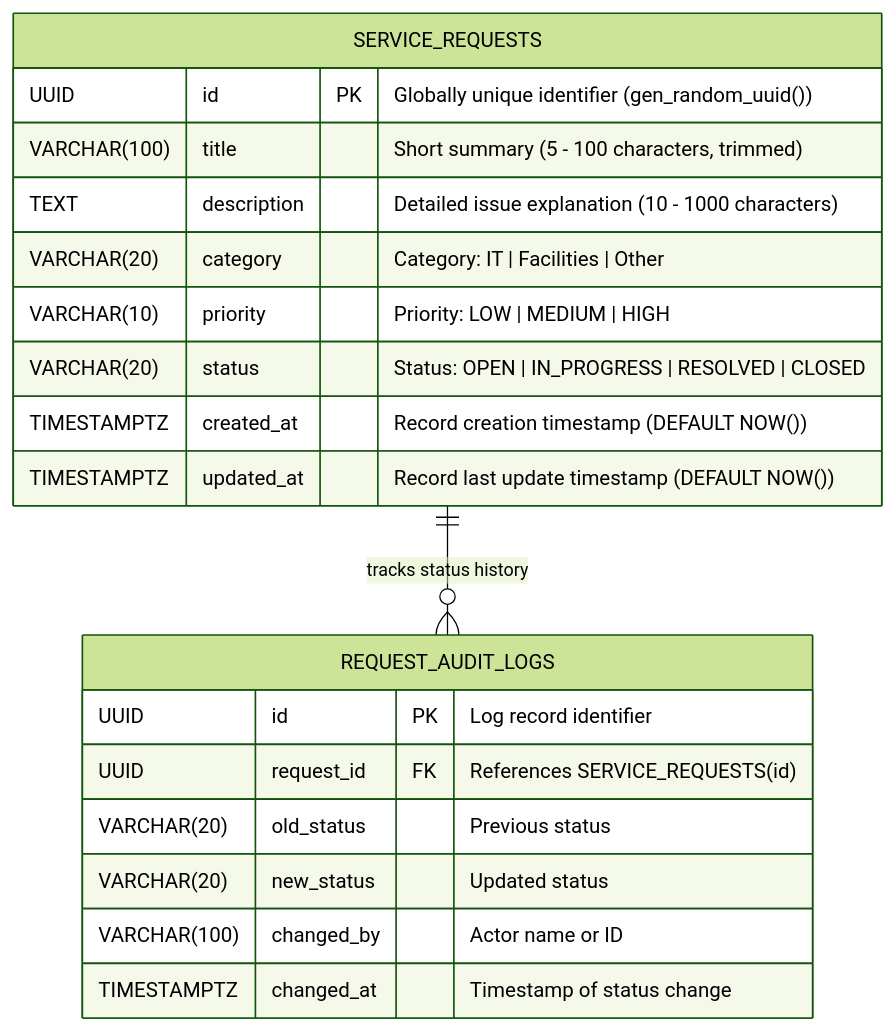
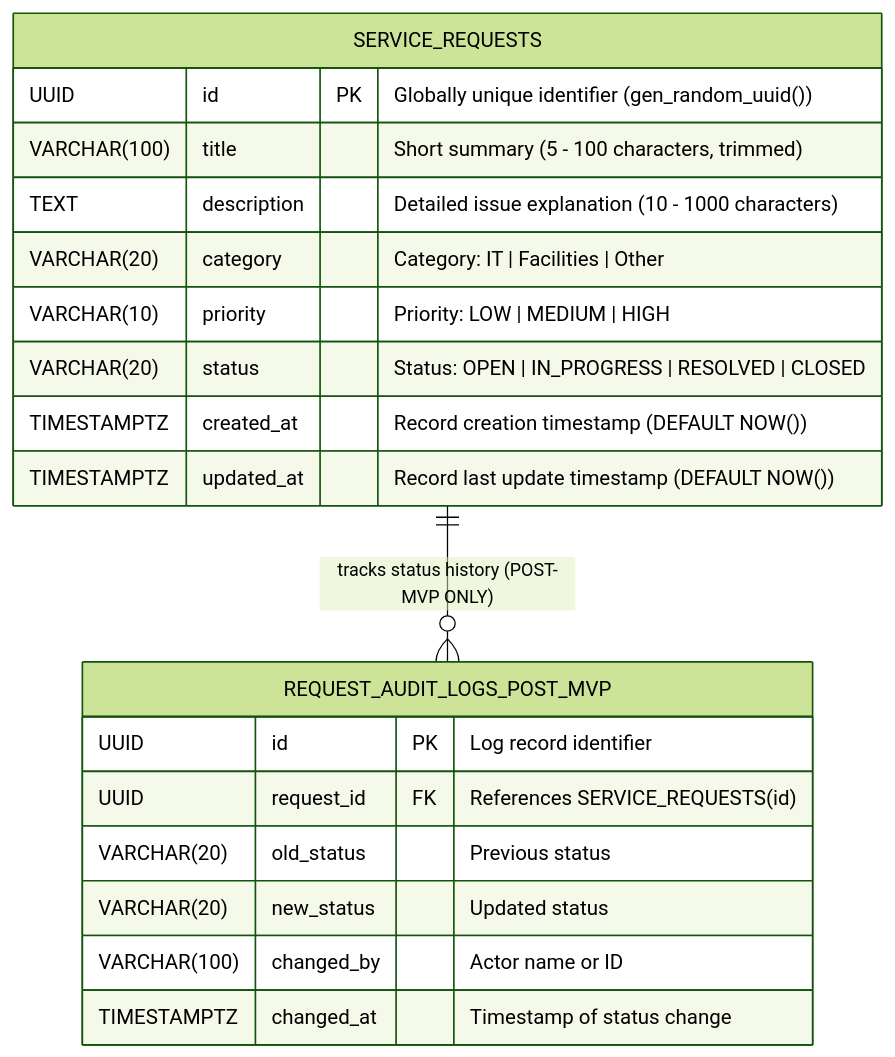
One commit to GimhaniDilmika/VisionRoot-Software-Engineer-Training changed the diagram in docs/data-model.md. Above: the diagram before and after it, drawn with Mermaid (forest theme). The commit also changed other lines of this file and 6 other files, not shown here.

Commit message:
docs: clarify DDL design reference, enforce post-MVP audit log boundary, and refine Day 02 evidence

````diff
--- a/docs/data-model.md
+++ b/docs/data-model.md
@@ -14,24 +14,24 @@
 ```mermaid
 erDiagram
     SERVICE_REQUESTS {
         UUID id PK "Globally unique identifier (gen_random_uuid())"
         VARCHAR(100) title "Short summary (5 - 100 characters, trimmed)"
         TEXT description "Detailed issue explanation (10 - 1000 characters)"
         VARCHAR(20) category "Category: IT | Facilities | Other"
         VARCHAR(10) priority "Priority: LOW | MEDIUM | HIGH"
         VARCHAR(20) status "Status: OPEN | IN_PROGRESS | RESOLVED | CLOSED"
         TIMESTAMPTZ created_at "Record creation timestamp (DEFAULT NOW())"
         TIMESTAMPTZ updated_at "Record last update timestamp (DEFAULT NOW())"
     }
 
-    REQUEST_AUDIT_LOGS {
+    REQUEST_AUDIT_LOGS_POST_MVP {
         UUID id PK "Log record identifier"
         UUID request_id FK "References SERVICE_REQUESTS(id)"
         VARCHAR(20) old_status "Previous status"
         VARCHAR(20) new_status "Updated status"
         VARCHAR(100) changed_by "Actor name or ID"
         TIMESTAMPTZ changed_at "Timestamp of status change"
     }
 
-    SERVICE_REQUESTS ||--o{ REQUEST_AUDIT_LOGS : "tracks status history"
+    SERVICE_REQUESTS ||--o{ REQUEST_AUDIT_LOGS_POST_MVP : "tracks status history (POST-MVP ONLY)"
 ```
````
